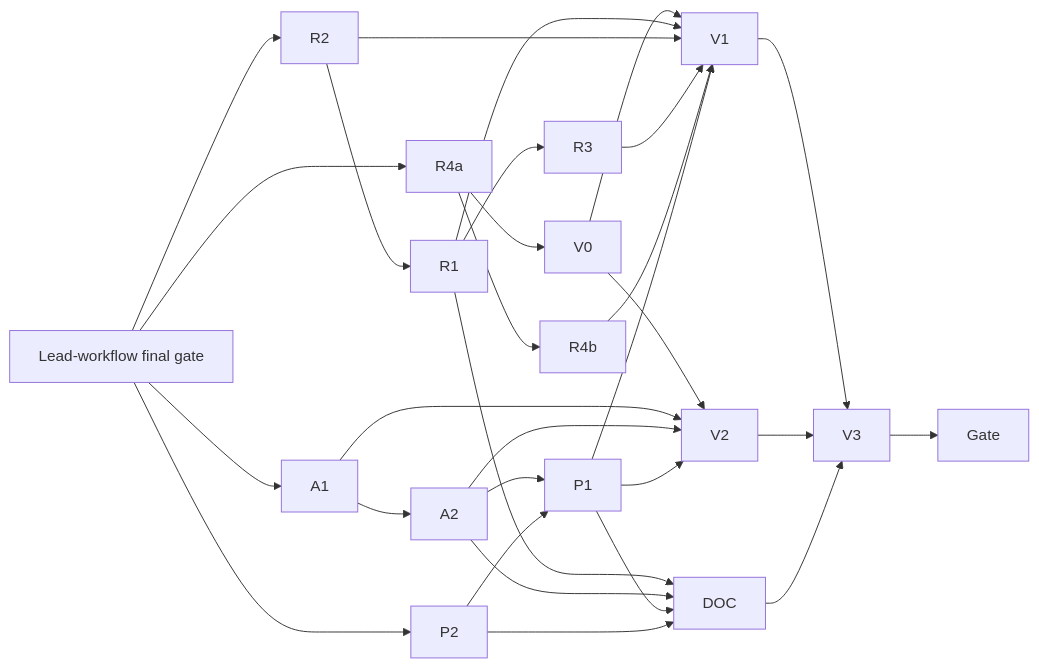
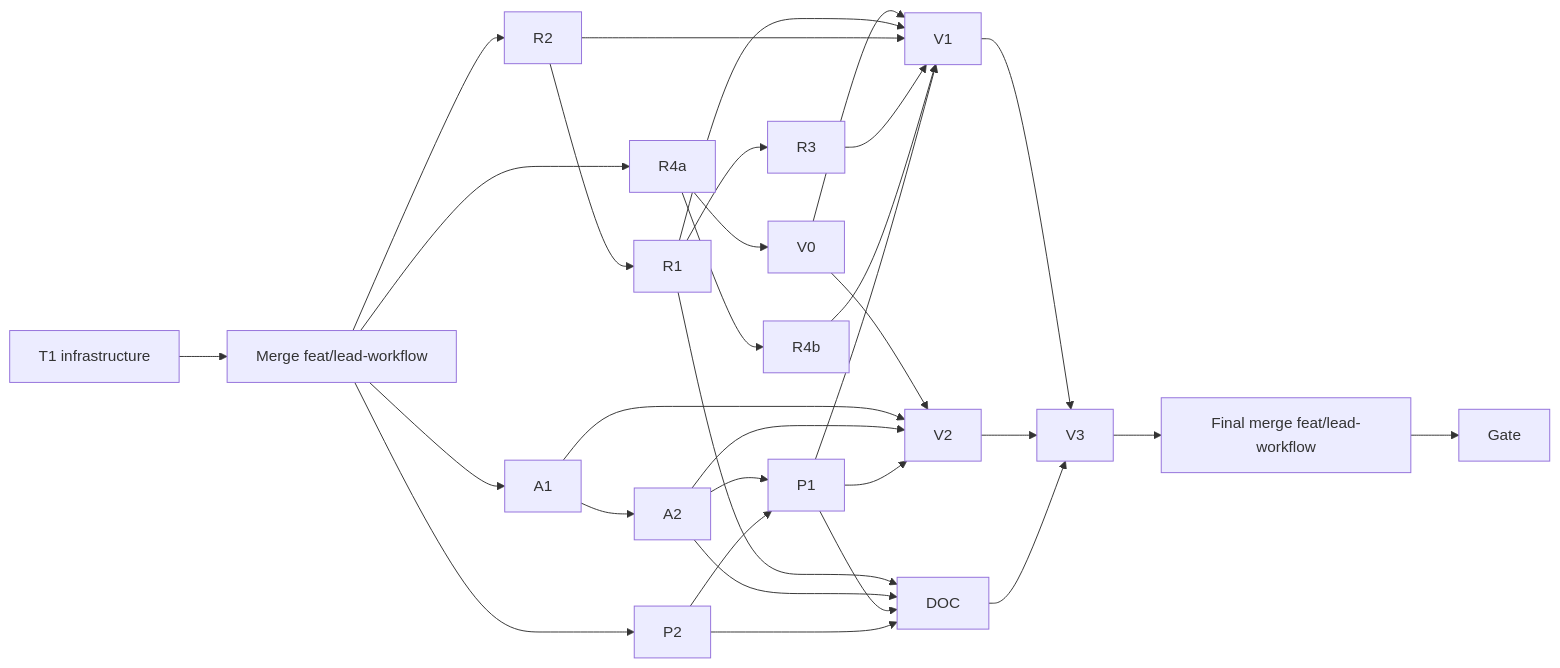
Before and after one commit to halbritter-lab/ontotator: the diagram in docs/superpowers/plans/2026-10-20-review-and-annotation-flow.md, drawn with Mermaid. The commit also changed other lines of this file, not shown here.

````diff
--- a/docs/superpowers/plans/2026-10-20-review-and-annotation-flow.md
+++ b/docs/superpowers/plans/2026-10-20-review-and-annotation-flow.md
@@ -119,12 +126,13 @@
 ```mermaid
 flowchart LR
-  Lead[Lead-workflow final gate] --> R2 & A1 & P2 & R4a
+  T1[T1 infrastructure] --> M1[Merge feat/lead-workflow]
+  M1 --> R2 & A1 & P2 & R4a
   R2 --> R1 --> R3
   R4a --> R4b & V0
   A1 --> A2 --> P1
   P2 --> P1
   R1 & A2 & P1 & P2 --> DOC
   V0 & R1 & R2 & R3 & R4b & P1 --> V1
   V0 & A1 & A2 & P1 --> V2
-  V1 & V2 & DOC --> V3 --> Gate
+  V1 & V2 & DOC --> V3 --> Mlast[Final merge feat/lead-workflow] --> Gate
 ```
````
